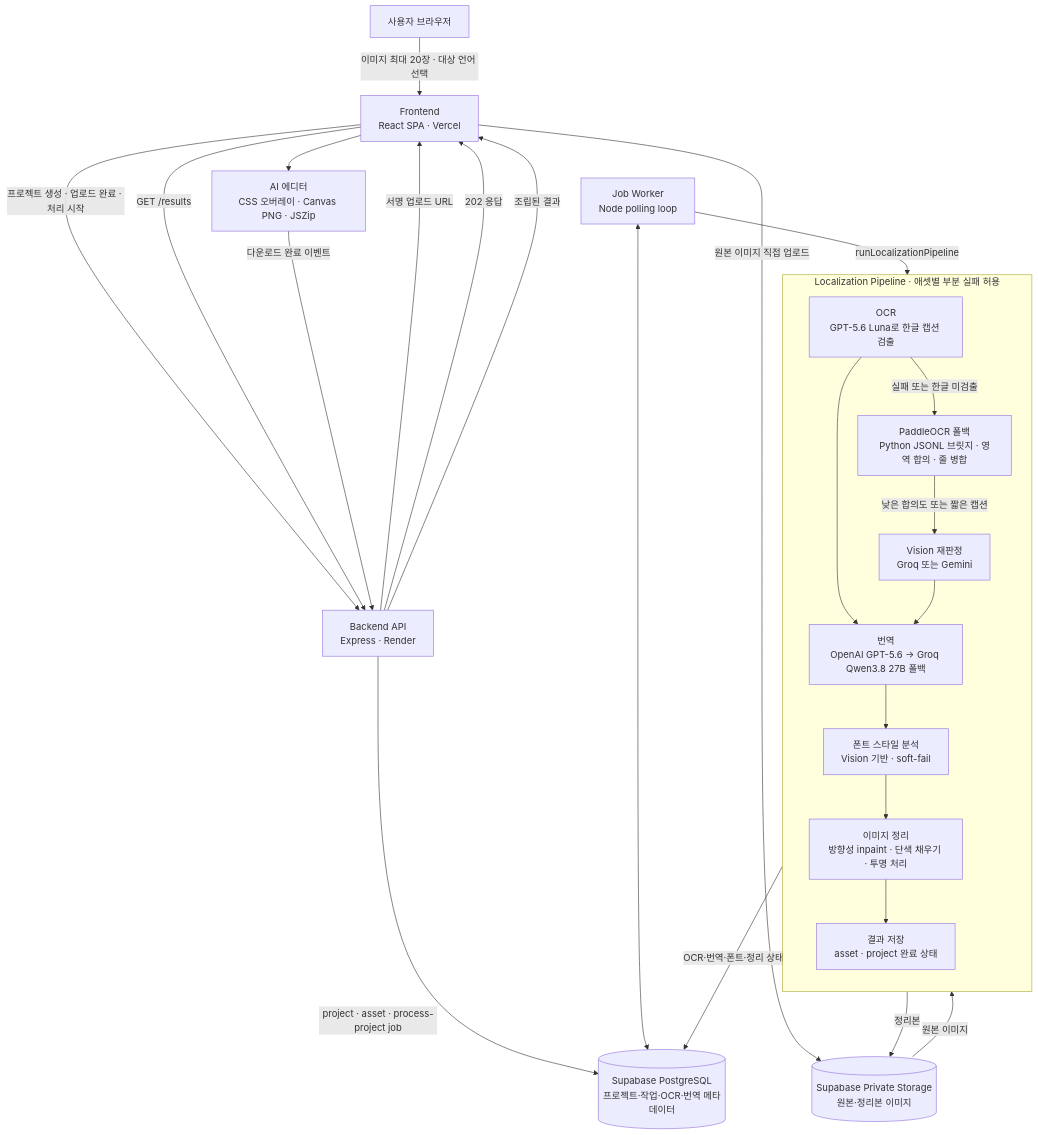
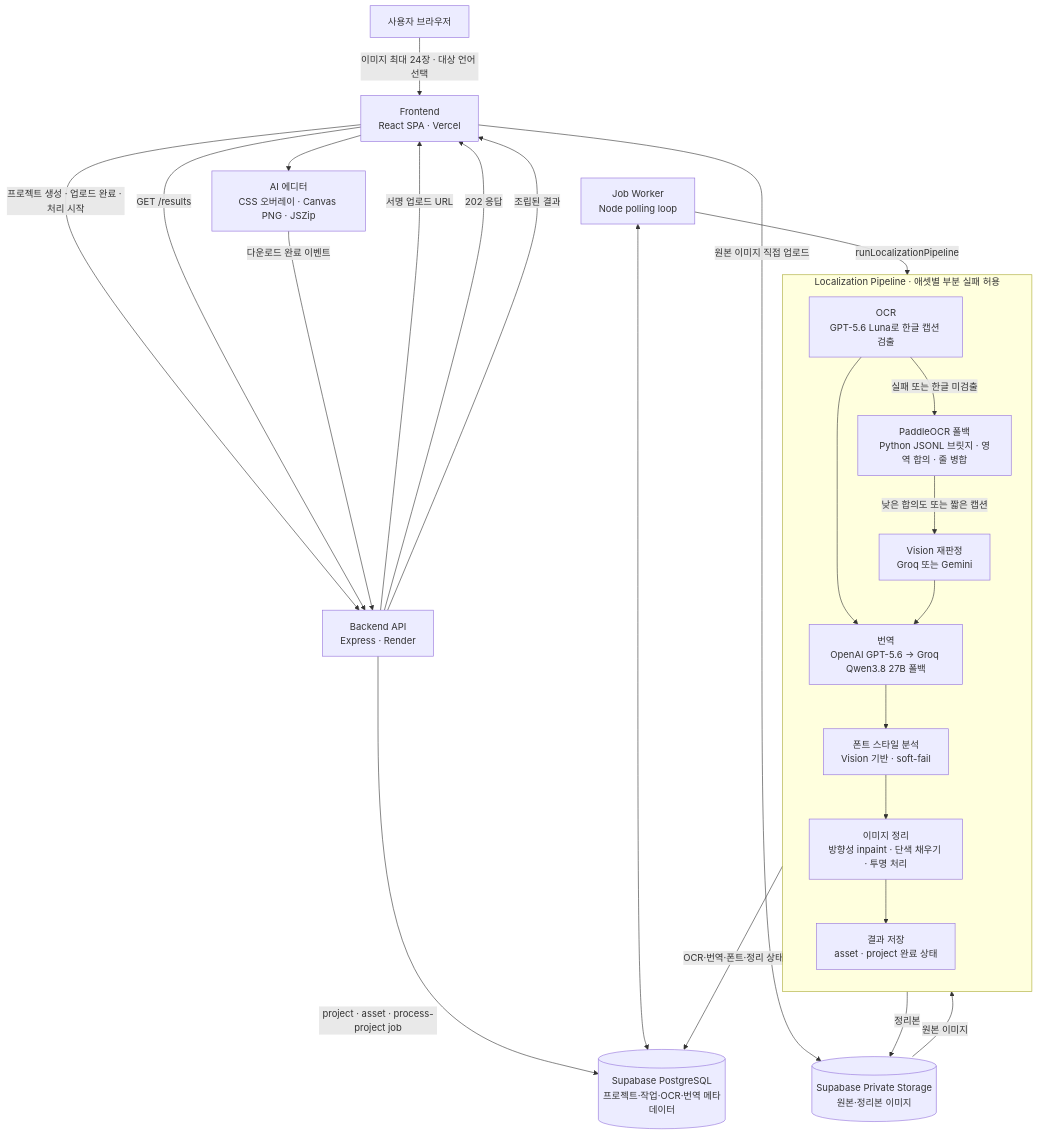
One commit to Linkshimcat/Glocalizer changed the second of 4 diagrams in README.md. Above: the diagram before and after it, drawn with Mermaid. The commit also changed other lines of this file and 49 other files, not shown here.

Commit message:
Add public Demo Lab flow and finals rehearsal materials

````diff
--- a/README.md
+++ b/README.md
@@ -115,43 +115,43 @@
 ```mermaid
 flowchart TB
     user["사용자 브라우저"]
     frontend["Frontend<br/>React SPA · Vercel"]
     api["Backend API<br/>Express · Render"]
     worker["Job Worker<br/>Node polling loop"]
     db[("Supabase PostgreSQL<br/>프로젝트·작업·OCR·번역 메타데이터")]
     storage[("Supabase Private Storage<br/>원본·정리본 이미지")]
     editor["AI 에디터<br/>CSS 오버레이 · Canvas PNG · JSZip"]
 
-    user -->|"이미지 최대 20장 · 대상 언어 선택"| frontend
+    user -->|"이미지 최대 24장 · 대상 언어 선택"| frontend
     frontend -->|"프로젝트 생성 · 업로드 완료 · 처리 시작"| api
     api -->|"서명 업로드 URL"| frontend
     frontend -->|"원본 이미지 직접 업로드"| storage
     api -->|"project · asset · process-project job"| db
     api -->|"202 응답"| frontend
 
     subgraph pipeline["Localization Pipeline · 애셋별 부분 실패 허용"]
         direction TB
         ocr["OCR<br/>GPT-5.6 Luna로 한글 캡션 검출"]
         paddle["PaddleOCR 폴백<br/>Python JSONL 브릿지 · 영역 합의 · 줄 병합"]
         vision["Vision 재판정<br/>Groq 또는 Gemini"]
         translate["번역<br/>OpenAI GPT-5.6 → Groq Qwen3.8 27B 폴백"]
         font["폰트 스타일 분석<br/>Vision 기반 · soft-fail"]
         cleanup["이미지 정리<br/>방향성 inpaint · 단색 채우기 · 투명 처리"]
         complete["결과 저장<br/>asset · project 완료 상태"]
 
         ocr -->|"실패 또는 한글 미검출"| paddle
         paddle -->|"낮은 합의도 또는 짧은 캡션"| vision
         ocr --> translate --> font --> cleanup --> complete
         vision --> translate
     end
 
     worker -->|"runLocalizationPipeline"| ocr
     worker <--> db
     storage -->|"원본 이미지"| ocr
     complete -->|"정리본"| storage
     complete -->|"OCR·번역·폰트·정리 상태"| db
     frontend -->|"GET /results"| api
     api -->|"조립된 결과"| frontend
     frontend --> editor
     editor -->|"다운로드 완료 이벤트"| api
 ```
````
